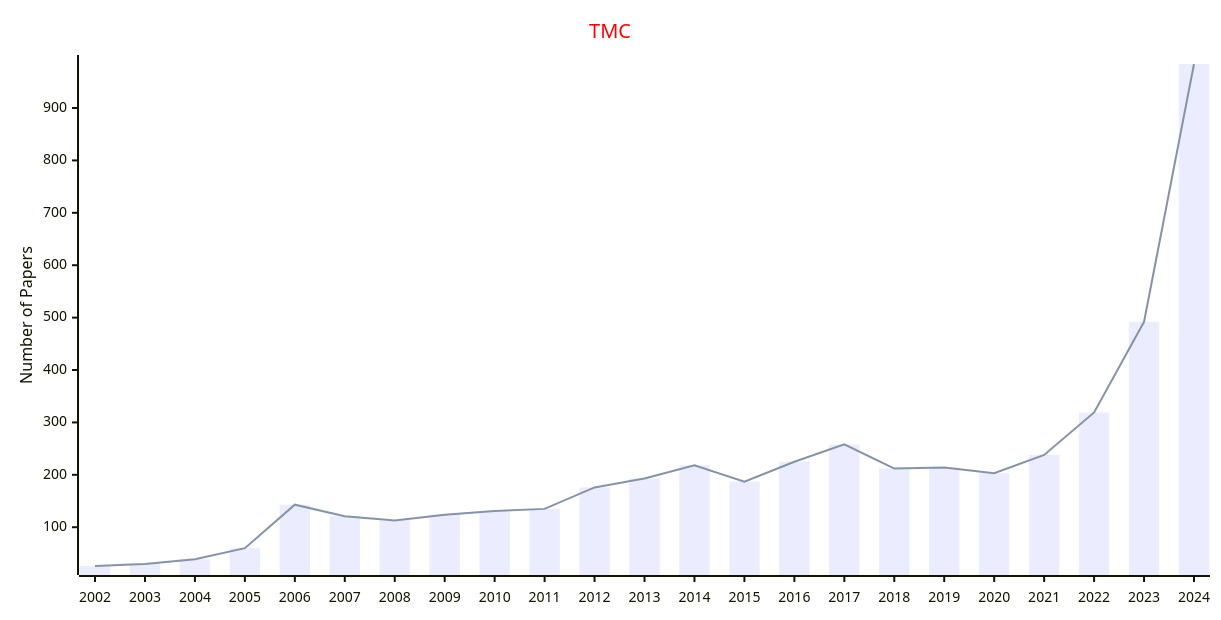
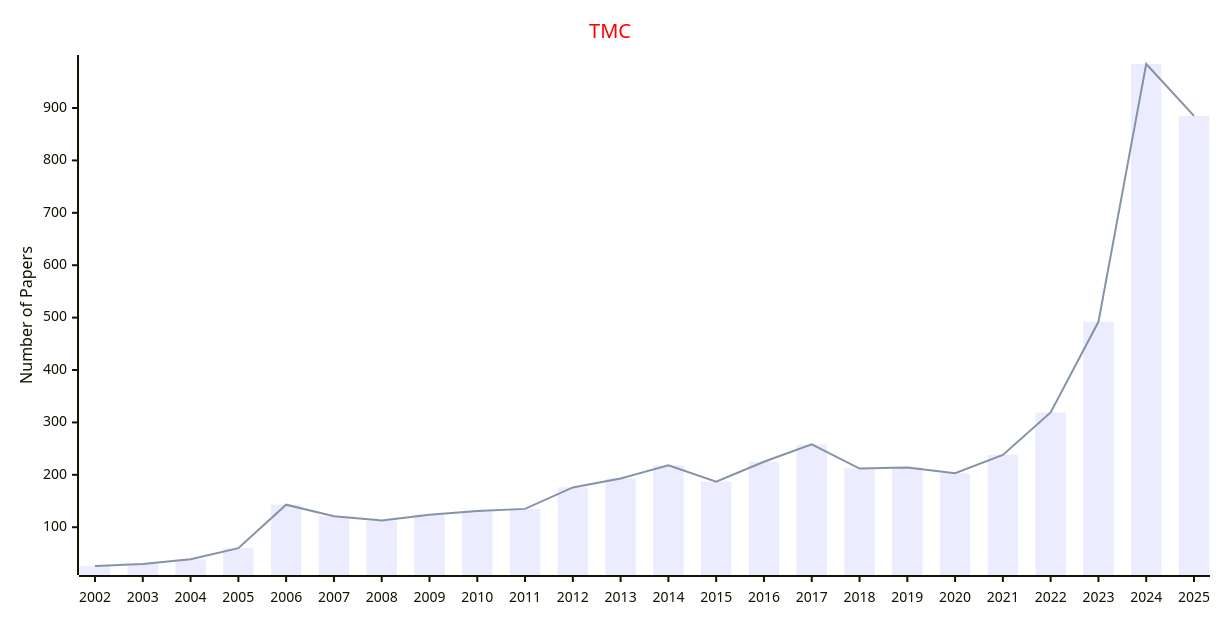
One commit to Easy-PhD/AILinks changed the diagram in docs/data/Journals/Statistics_Journals/Mobile_Computing.md. Above: the diagram before and after it, drawn with Mermaid. The commit also changed 107 other files, not shown here.

````diff
--- a/docs/data/Journals/Statistics_Journals/Mobile_Computing.md
+++ b/docs/data/Journals/Statistics_Journals/Mobile_Computing.md
@@ -9,17 +9,17 @@
 ```mermaid
 ---
 config:
     xyChart:
         width: 1200
         height: 600
     themeVariables:
         xyChart:
             titleColor: "#ff0000"
 ---
 xychart-beta
     title "TMC"
-    x-axis [2002, 2003, 2004, 2005, 2006, 2007, 2008, 2009, 2010, 2011, 2012, 2013, 2014, 2015, 2016, 2017, 2018, 2019, 2020, 2021, 2022, 2023, 2024]
+    x-axis [2002, 2003, 2004, 2005, 2006, 2007, 2008, 2009, 2010, 2011, 2012, 2013, 2014, 2015, 2016, 2017, 2018, 2019, 2020, 2021, 2022, 2023, 2024, 2025]
     y-axis "Number of Papers"
-    bar [26, 30, 39, 60, 143, 121, 113, 124, 131, 135, 176, 193, 218, 187, 225, 258, 212, 214, 203, 238, 319, 492, 984]
-    line [26, 30, 39, 60, 143, 121, 113, 124, 131, 135, 176, 193, 218, 187, 225, 258, 212, 214, 203, 238, 319, 492, 984]
+    bar [26, 30, 39, 60, 143, 121, 113, 124, 131, 135, 176, 193, 218, 187, 225, 258, 212, 214, 203, 238, 319, 492, 984, 885]
+    line [26, 30, 39, 60, 143, 121, 113, 124, 131, 135, 176, 193, 218, 187, 225, 258, 212, 214, 203, 238, 319, 492, 984, 885]
 ```
````
